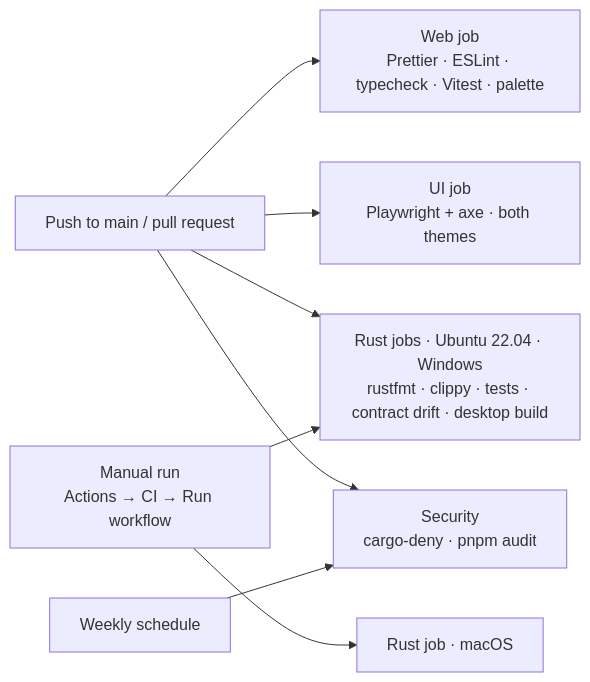
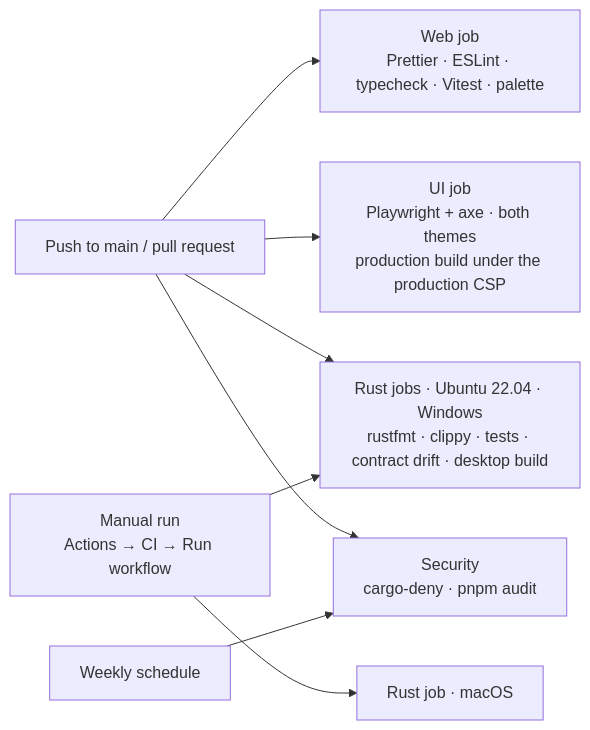
One commit to akanjb/VEYRA changed diagram 19 of 20 in README.md. Above: the diagram before and after it, drawn with Mermaid. The commit also changed other lines of this file and 3 other files, not shown here.

First line of the commit message:
Document the production-CSP check

````diff
--- a/README.md
+++ b/README.md
@@ -795,10 +797,10 @@
 ```mermaid
 flowchart LR
   PR[Push to main / pull request] --> WEB[Web job<br/>Prettier · ESLint · typecheck · Vitest · palette]
-  PR --> UI[UI job<br/>Playwright + axe · both themes]
+  PR --> UI[UI job<br/>Playwright + axe · both themes<br/>production build under the production CSP]
   PR --> RUST[Rust jobs · Ubuntu 22.04 · Windows<br/>rustfmt · clippy · tests · contract drift · desktop build]
   MAN[Manual run<br/>Actions → CI → Run workflow] --> RUST
   MAN --> MAC[Rust job · macOS]
   PR --> SEC[Security<br/>cargo-deny · pnpm audit]
   SCHED[Weekly schedule] --> SEC
 ```
````
